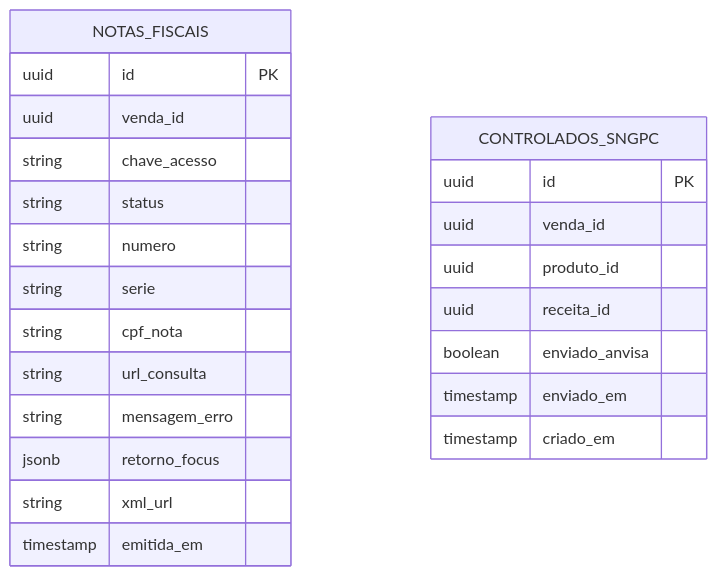
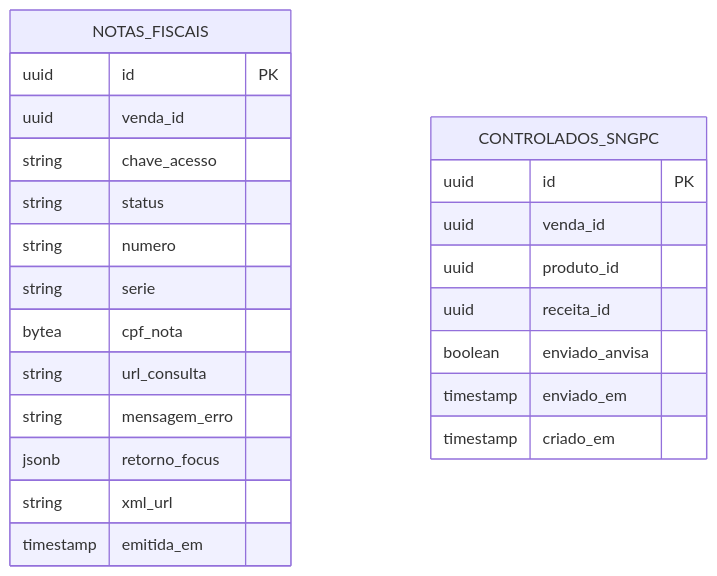
One commit to EduFerreira13/Arkos-Farmacia changed the fifth of 6 diagrams in docs/MODELO-DADOS.md. Above: the diagram before and after it, drawn with Mermaid. The commit also changed other lines of this file and 13 other files, not shown here.

````diff
--- a/docs/MODELO-DADOS.md
+++ b/docs/MODELO-DADOS.md
@@ -302,26 +303,26 @@
 ```mermaid
 erDiagram
   NOTAS_FISCAIS {
     uuid id PK
     uuid venda_id
     string chave_acesso
     string status
     string numero
     string serie
-    string cpf_nota
+    bytea cpf_nota
     string url_consulta
     string mensagem_erro
     jsonb retorno_focus
     string xml_url
     timestamp emitida_em
   }
   CONTROLADOS_SNGPC {
     uuid id PK
     uuid venda_id
     uuid produto_id
     uuid receita_id
     boolean enviado_anvisa
     timestamp enviado_em
     timestamp criado_em
   }
 ```
````
